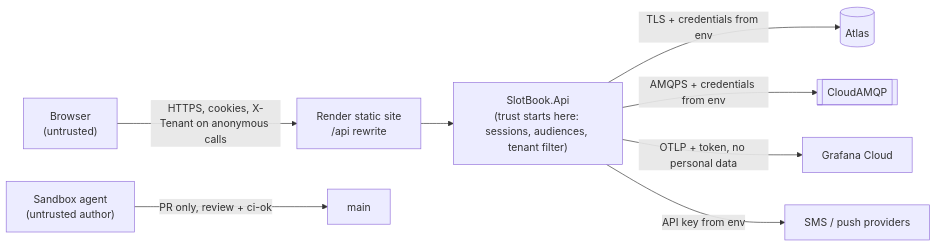
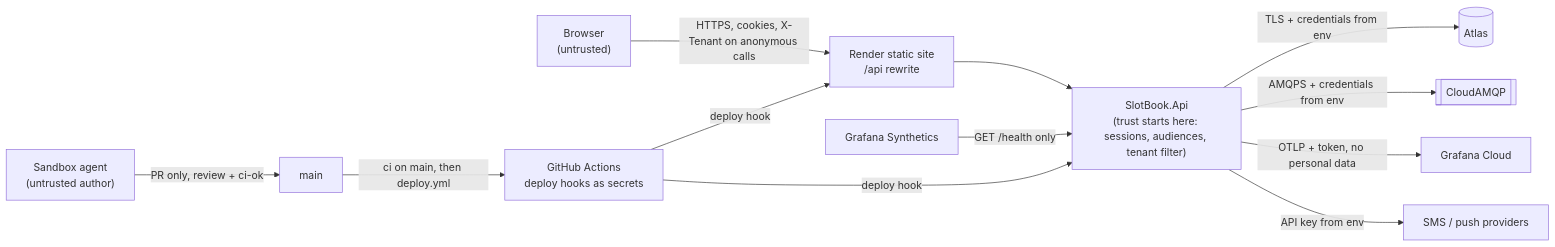
Before and after one commit to ashik71/bookingSystem: the diagram in _bmad-output/initiative-booking-management/architecture-slotbook/threat-model.md, drawn with Mermaid. The commit also changed other lines of this file and 8 other files, not shown here.

First line of the commit message:
docs: restructure architecture spine after the rubric review

````diff
--- a/_bmad-output/initiative-booking-management/architecture-slotbook/threat-model.md
+++ b/_bmad-output/initiative-booking-management/architecture-slotbook/threat-model.md
@@ -44,10 +44,14 @@
 ```mermaid
 flowchart LR
     B["Browser<br/>(untrusted)"] -->|"HTTPS, cookies, X-Tenant on anonymous calls"| S["Render static site<br/>/api rewrite"]
     S --> A["SlotBook.Api<br/>(trust starts here: sessions, audiences, tenant filter)"]
     A -->|"TLS + credentials from env"| M[("Atlas")]
     A -->|"AMQPS + credentials from env"| R[["CloudAMQP"]]
     A -->|"OTLP + token, no personal data"| G["Grafana Cloud"]
     A -->|"API key from env"| P["SMS / push providers"]
+    Y["Grafana Synthetics"] -->|"GET /health only"| A
     Dev["Sandbox agent<br/>(untrusted author)"] -->|"PR only, review + ci-ok"| Repo["main"]
+    Repo -->|"ci on main, then deploy.yml"| GA["GitHub Actions<br/>deploy hooks as secrets"]
+    GA -->|"deploy hook"| S
+    GA -->|"deploy hook"| A
 ```
````
